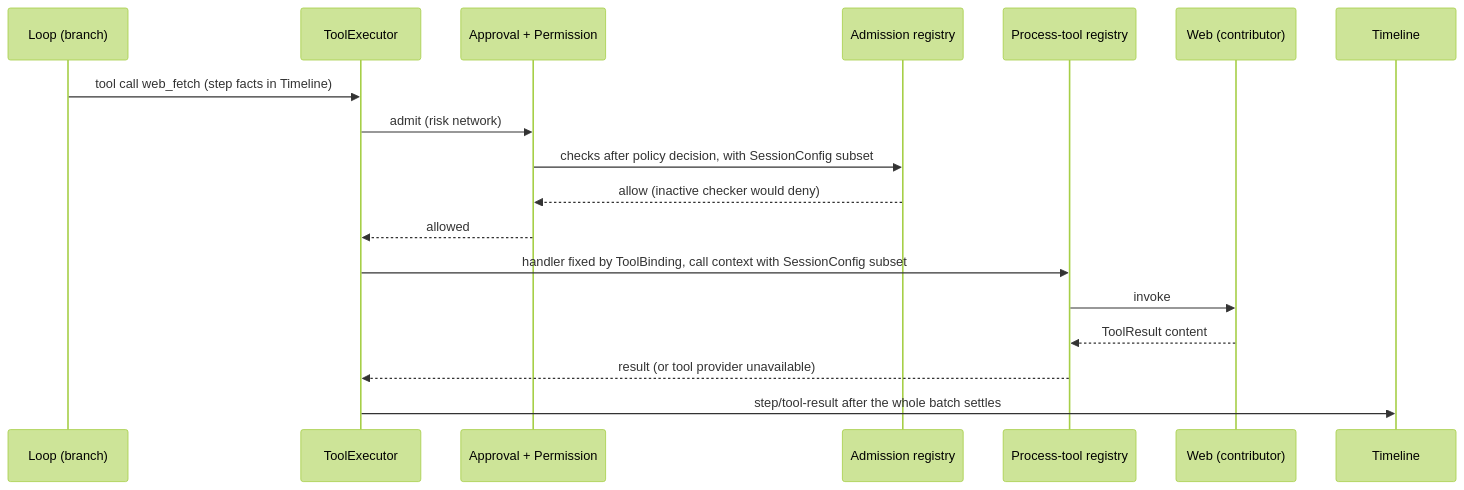
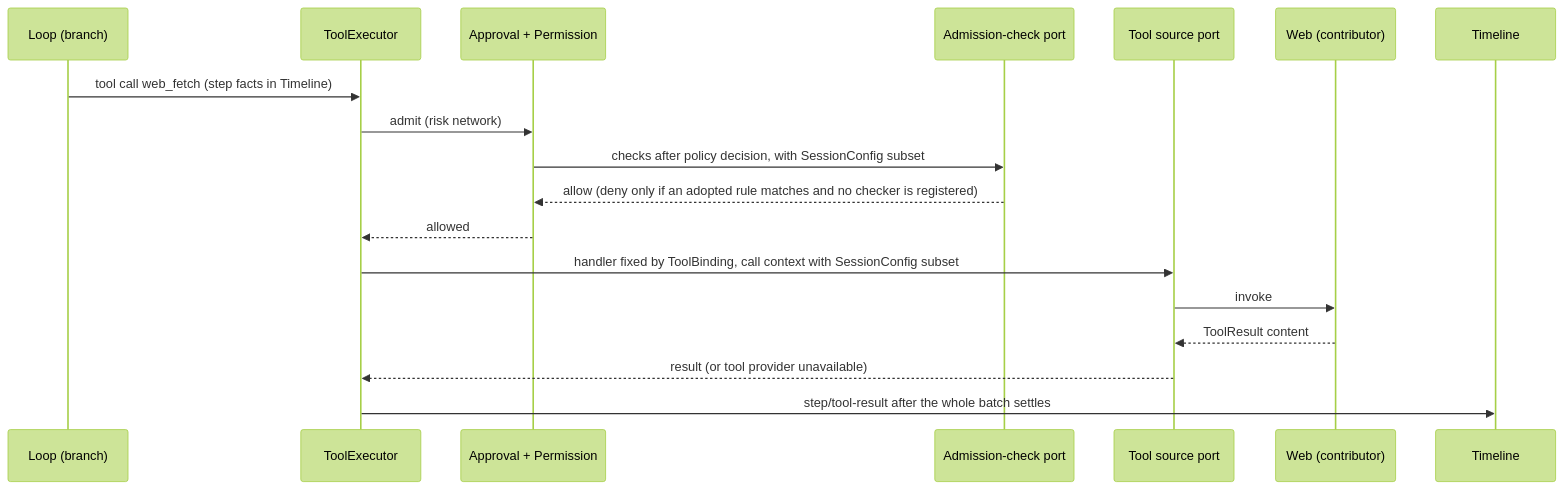
One commit to CoutinhoTTS/dim-agent changed the fourth of 9 diagrams in docs/design/overview.md. Above: the diagram before and after it, drawn with Mermaid (forest theme). The commit also changed other lines of this file, not shown here.

````diff
--- a/docs/design/overview.md
+++ b/docs/design/overview.md
@@ -185,20 +201,20 @@
 ```mermaid
 sequenceDiagram
   participant LP as Loop (branch)
   participant TE as ToolExecutor
   participant AP as Approval + Permission
-  participant AR as Admission registry
-  participant TR as Process-tool registry
+  participant AR as Admission-check port
+  participant TR as Tool source port
   participant Web as Web (contributor)
   participant TL as Timeline
   LP->>TE: tool call web_fetch (step facts in Timeline)
   TE->>AP: admit (risk network)
   AP->>AR: checks after policy decision, with SessionConfig subset
-  AR-->>AP: allow (inactive checker would deny)
+  AR-->>AP: allow (deny only if an adopted rule matches and no checker is registered)
   AP-->>TE: allowed
   TE->>TR: handler fixed by ToolBinding, call context with SessionConfig subset
   TR->>Web: invoke
   Web-->>TR: ToolResult content
   TR-->>TE: result (or tool provider unavailable)
   TE->>TL: step/tool-result after the whole batch settles
 ```
````
